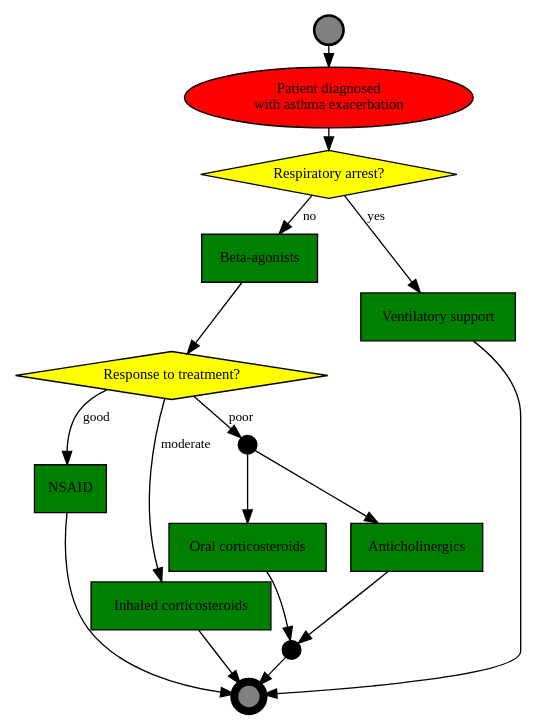
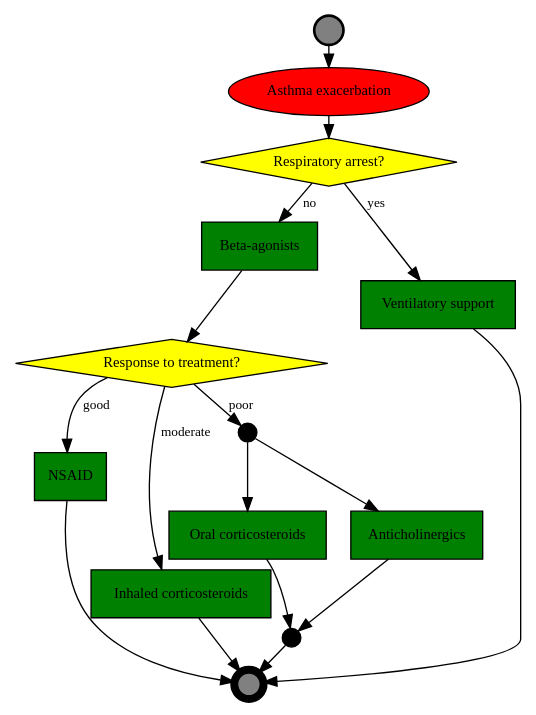
Before and after one commit to dradka/Program: the diagram in algorytmy/asthma.dot, drawn with Graphviz. The commit also changed 6 other files, not shown here.

```diff
--- a/algorytmy/asthma.dot
+++ b/algorytmy/asthma.dot
@@ -1,41 +1,41 @@
 digraph AE {
 	ranksep=0.1;
 	node [shape=box, style=filled, fillcolor=green, fontname=Calibri, fontsize=11];
 	edge [fontname="Calibri Italic", fontsize=10];
 
 	// Context
-	c_ae [label="Patient diagnosed \n with asthma exacerbation", shape=oval, style=filled, fillcolor=red];
+	c_ae [label="Asthma exacerbation", shape=oval, style=filled, fillcolor=red];
 	
 	// Event nodes
 	e_start [shape=circle, label="", width=0.3, penwidth=2, fillcolor="gray"];
 	e_end [shape=circle, label="", width=0.3, penwidth=6, fillcolor="gray"];
 	
 	// Action nodes
 	a_beta_agonists [label="Beta-agonists"];
 	a_nsaid [label="NSAID"];
 	a_inh_cortico [label="Inhaled corticosteroids"];
 	a_oral_cortico [label="Oral corticosteroids"];
 	a_anti [label="Anticholinergics"];
 	a_vent_support [label="Ventilatory support"];
 	// Decisions
 	d_arrest [shape=diamond, fillcolor=yellow, label="Respiratory arrest?"];
 	d_response [shape=diamond, fillcolor=yellow, label="Response to treatment?"];
 	// Parallel
 	p1 [shape=circle, label="", width=0.2, fillcolor=black];
 	p2 [shape=circle, label="", width=0.2, fillcolor=black];
 
 	// Arcs
 	e_start -> c_ae -> d_arrest;
 	d_arrest -> a_vent_support [label="yes"];
 	a_vent_support -> e_end;
 	d_arrest -> a_beta_agonists [label="no"];
 	a_beta_agonists -> d_response;
 	d_response -> a_nsaid [label="good"];
 	a_nsaid -> e_end;
 	d_response -> a_inh_cortico [label="moderate"];
 	a_inh_cortico-> e_end;
 	d_response -> p1 [label="poor"];
 	p1 -> a_oral_cortico -> p2;
 	p1 -> a_anti -> p2;
 	p2 -> e_end;
 }
```
